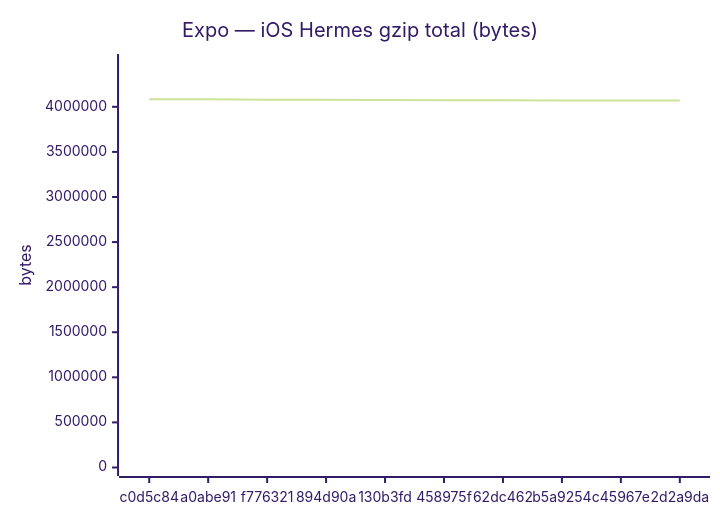
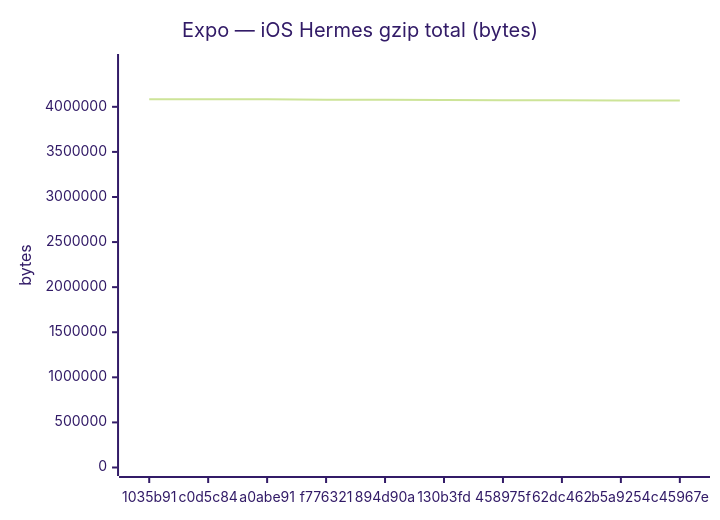
Before and after one commit to Metaheurist/Rianell: the sixth of 18 diagrams in benchmarks/compare.md, drawn with Mermaid (forest theme). The commit also changed other lines of this file and 11 other files, not shown here.

````diff
--- a/benchmarks/compare.md
+++ b/benchmarks/compare.md
@@ -96,7 +96,7 @@
 ```mermaid
 xychart-beta
     title "Expo — iOS Hermes gzip total (bytes)"
-    x-axis ["c0d5c84", "a0abe91", "f776321", "894d90a", "130b3fd", "458975f", "62dc462", "b5a9254", "c45967e", "2d2a9da"]
-    y-axis "bytes" 0 --> 4491418
-    line [4083106, 4083107, 4079675, 4079243, 4074172, 4073443, 4073443, 4069109, 4069113, 4069106]
+    x-axis ["1035b91", "c0d5c84", "a0abe91", "f776321", "894d90a", "130b3fd", "458975f", "62dc462", "b5a9254", "c45967e"]
+    y-axis "bytes" 0 --> 4491419
+    line [4083108, 4083106, 4083107, 4079675, 4079243, 4074172, 4073443, 4073443, 4069109, 4069113]
 ```
````
